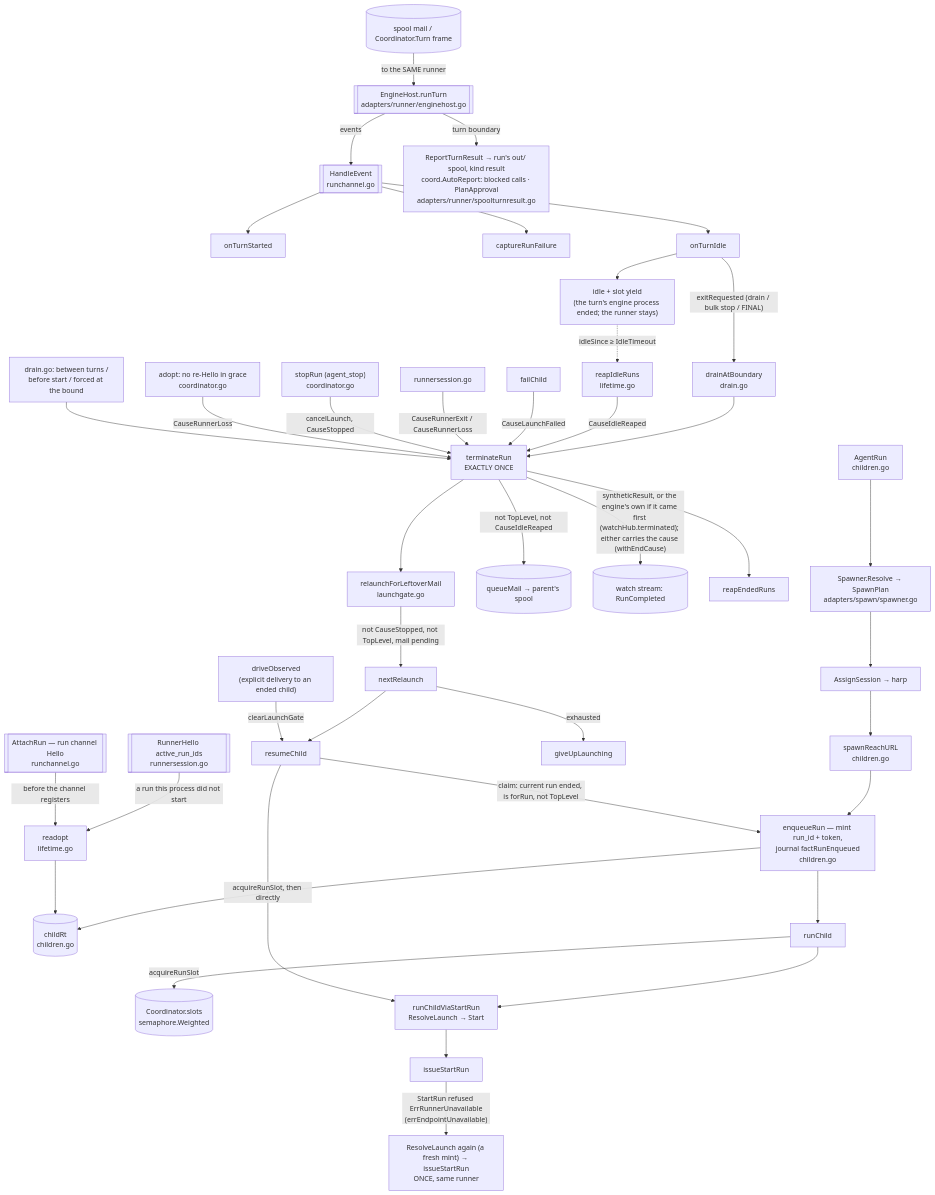
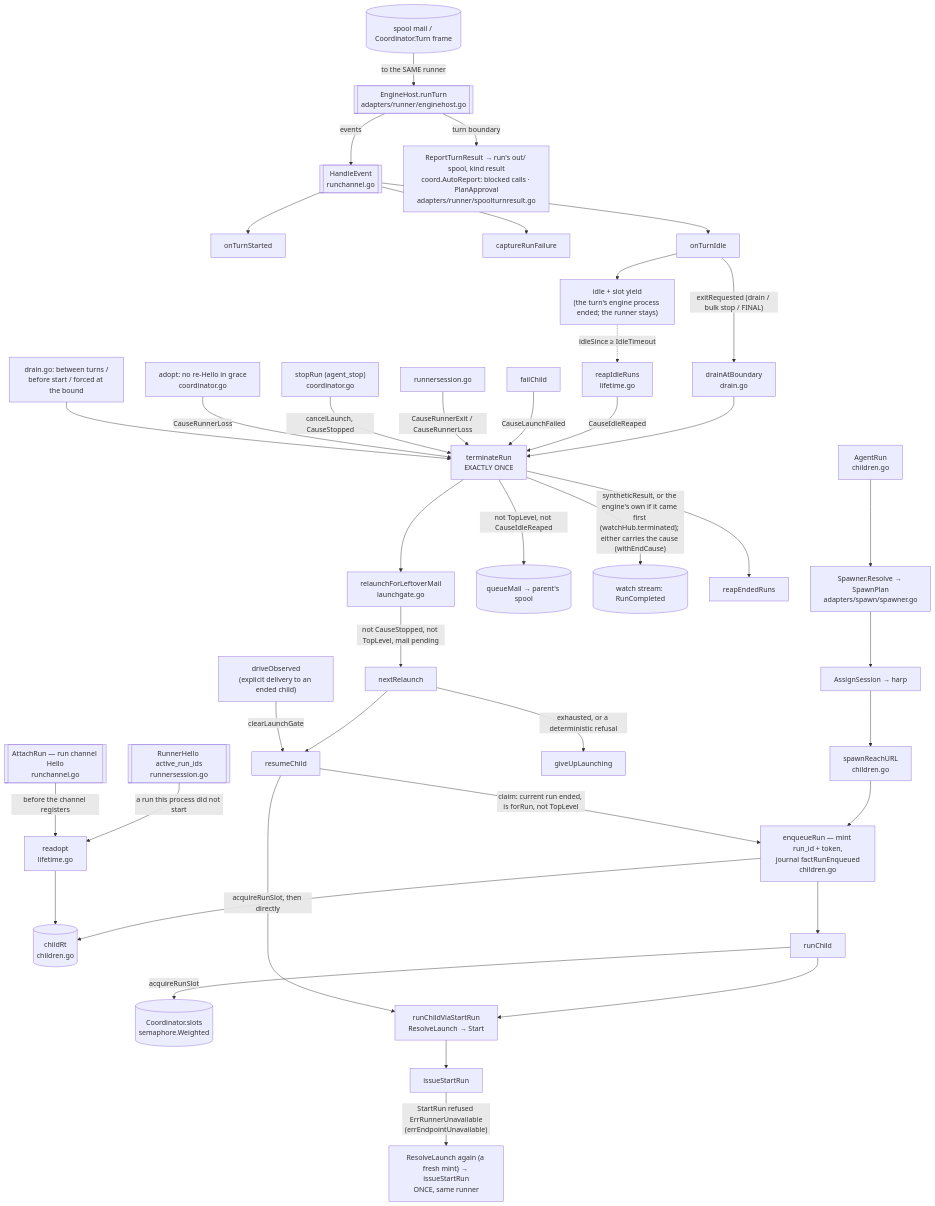
One commit to ctxloom/ctxloom changed the diagram in docs/architecture/agentcoord/child-lifecycle.md. Above: the diagram before and after it, drawn with Mermaid. The commit also changed other lines of this file and 13 other files, not shown here.

````diff
--- a/docs/architecture/agentcoord/child-lifecycle.md
+++ b/docs/architecture/agentcoord/child-lifecycle.md
@@ -17,40 +17,40 @@
 ```mermaid
 flowchart TD
   AR["AgentRun<br/>children.go"] --> RES["Spawner.Resolve → SpawnPlan<br/>adapters/spawn/spawner.go"]
   RES --> ASSIGN["AssignSession → harp"]
   ASSIGN --> URL["spawnReachURL<br/>children.go"]
   URL --> EQ["enqueueRun — mint run_id + token,<br/>journal factRunEnqueued<br/>children.go"]
   EQ --> RT[("childRt<br/>children.go")]
   EQ --> RC["runChild"]
   RC -->|acquireRunSlot| TS[("Coordinator.slots<br/>semaphore.Weighted")]
   RC --> VSR["runChildViaStartRun<br/>ResolveLaunch → Start"] --> ISR["issueStartRun"]
   ISR -->|"StartRun refused ErrRunnerUnavailable<br/>(errEndpointUnavailable)"| REBIND["ResolveLaunch again (a fresh mint) → issueStartRun<br/>ONCE, same runner"]
 
   ENG[["EngineHost.runTurn<br/>adapters/runner/enginehost.go"]] -->|events| RCH[["HandleEvent<br/>runchannel.go"]]
   ENG -->|turn boundary| TR["ReportTurnResult → run's out/ spool, kind result<br/>coord.AutoReport: blocked calls · PlanApproval<br/>adapters/runner/spoolturnresult.go"]
   RCH --> OTS["onTurnStarted"]
   RCH --> CRF["captureRunFailure"]
   RCH --> OTI["onTurnIdle"]
   OTI -->|"exitRequested (drain / bulk stop / FINAL)"| DAB["drainAtBoundary<br/>drain.go"] --> TERM
   OTI --> IDLE["idle + slot yield<br/>(the turn's engine process ended; the runner stays)"]
   IDLE -.->|"idleSince ≥ IdleTimeout"| REAPER["reapIdleRuns<br/>lifetime.go"] -->|CauseIdleReaped| TERM
   MAILIN[("spool mail / Coordinator.Turn frame")] -->|"to the SAME runner"| ENG
   HELLO[["RunnerHello active_run_ids<br/>runnersession.go"]] -->|"a run this process did not start"| READOPT["readopt<br/>lifetime.go"] --> RT
   ATTACH[["AttachRun — run channel Hello<br/>runchannel.go"]] -->|"before the channel registers"| READOPT
 
   FC["failChild"] -->|CauseLaunchFailed| TERM["terminateRun<br/>EXACTLY ONCE"]
   RS["runnersession.go"] -->|"CauseRunnerExit / CauseRunnerLoss"| TERM
   STOP["stopRun (agent_stop)<br/>coordinator.go"] -->|"cancelLaunch, CauseStopped"| TERM
   GRACE["adopt: no re-Hello in grace<br/>coordinator.go"] -->|CauseRunnerLoss| TERM
   DRAIN["drain.go: between turns /<br/>before start / forced at the bound"] --> TERM
   TERM -->|"not TopLevel, not CauseIdleReaped"| NOTICE[("queueMail → parent's spool")]
   TERM -->|"syntheticResult, or the engine's own if it came first (watchHub.terminated); either carries the cause (withEndCause)"| WATCH[("watch stream: RunCompleted")]
   TERM --> REAP["reapEndedRuns"]
   TERM --> RLM["relaunchForLeftoverMail<br/>launchgate.go"]
   RLM -->|"not CauseStopped, not TopLevel, mail pending"| NR["nextRelaunch"]
-  NR -->|exhausted| GU["giveUpLaunching"]
+  NR -->|"exhausted, or a deterministic refusal"| GU["giveUpLaunching"]
   NR --> RSC["resumeChild"]
   DOBS["driveObserved<br/>(explicit delivery to an ended child)"] -->|clearLaunchGate| RSC
   RSC -->|"claim: current run ended, is forRun, not TopLevel"| EQ
   RSC -->|"acquireRunSlot, then directly"| VSR
 ```
````
